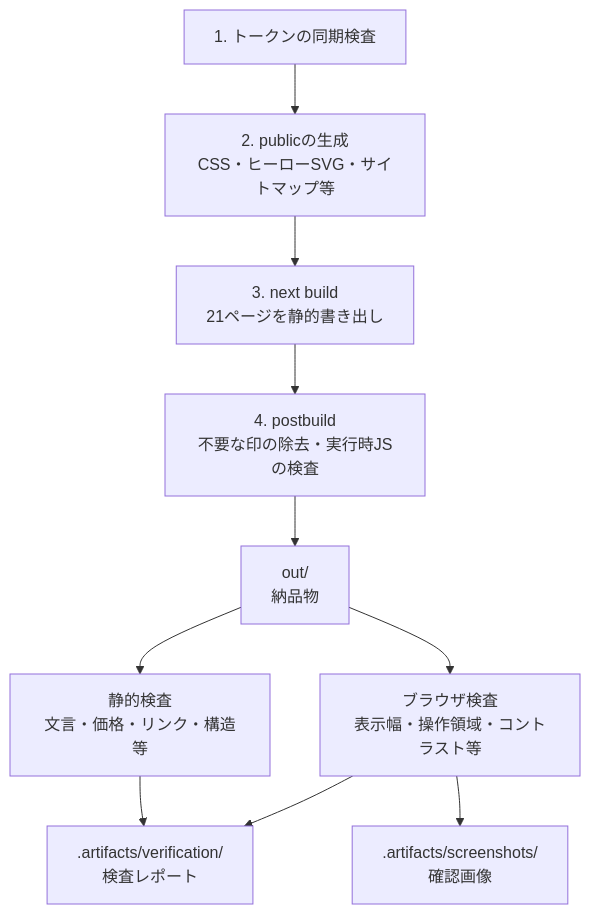
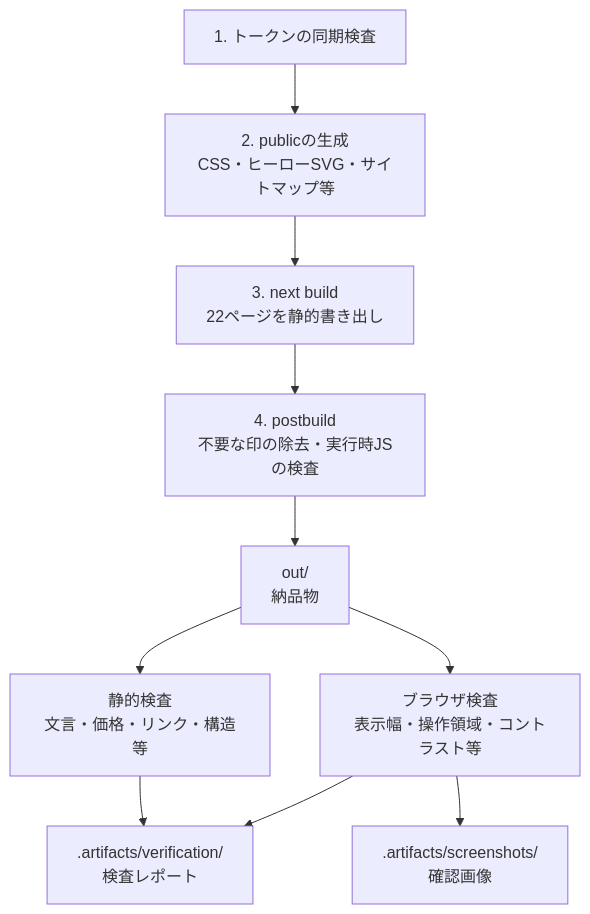
The sixth of 7 diagrams in README.md (bright-broom/tsumugi), drawn with Mermaid before and after one commit. The commit also changed other lines of this file and 31 other files, not shown here.

````diff
--- a/README.md
+++ b/README.md
@@ -206,12 +206,12 @@
 ```mermaid
 flowchart TD
   sync["1. トークンの同期検査"] --> assets["2. publicの生成<br/>CSS・ヒーローSVG・サイトマップ等"]
-  assets --> next["3. next build<br/>21ページを静的書き出し"]
+  assets --> next["3. next build<br/>22ページを静的書き出し"]
   next --> post["4. postbuild<br/>不要な印の除去・実行時JSの検査"]
   post --> out["out/<br/>納品物"]
   out --> static["静的検査<br/>文言・価格・リンク・構造等"]
   out --> browser["ブラウザ検査<br/>表示幅・操作領域・コントラスト等"]
   static --> reports[".artifacts/verification/<br/>検査レポート"]
   browser --> reports
   browser --> shots[".artifacts/screenshots/<br/>確認画像"]
 ```
````
